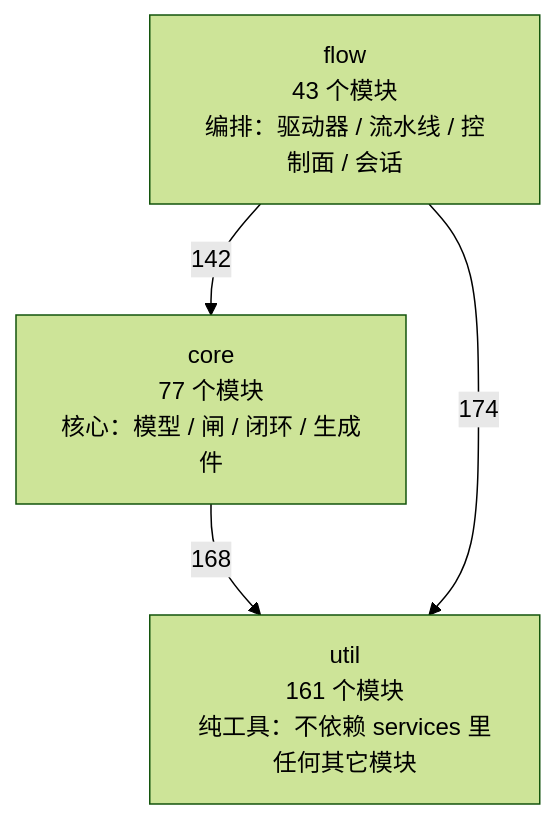
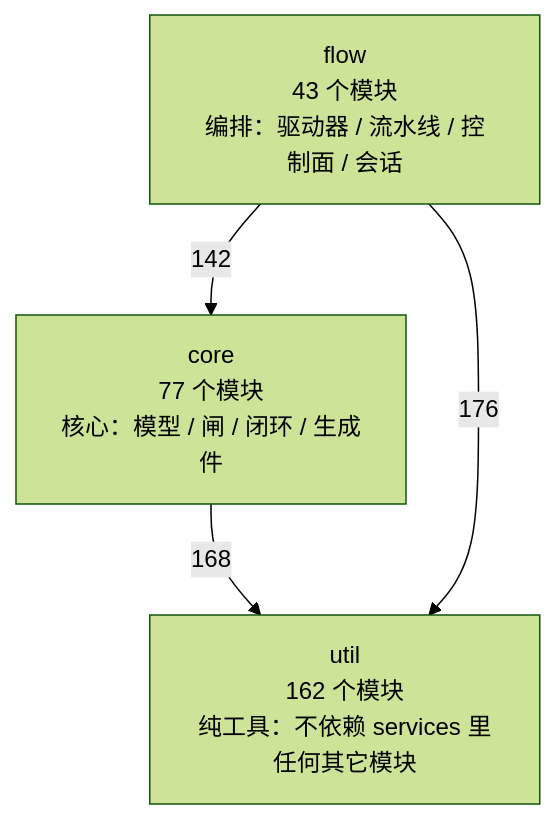
One commit to 2686521696/WhyBuddy changed the first of 4 diagrams in docs/SlideRule V6.2 架构图（自动生成）.md. Above: the diagram before and after it, drawn with Mermaid (forest theme). The commit also changed other lines of this file and 15 other files, not shown here.

First line of the commit message:
模型能看图：view_image + browser_view 截图交给模型，只附在紧接着的那一次调用上

````diff
--- a/docs/SlideRule V6.2 架构图（自动生成）.md
+++ b/docs/SlideRule V6.2 架构图（自动生成）.md
@@ -50,9 +50,9 @@
 ```mermaid
 flowchart TB
-  util["util<br/>161 个模块<br/>纯工具：不依赖 services 里任何其它模块"]
+  util["util<br/>162 个模块<br/>纯工具：不依赖 services 里任何其它模块"]
   core["core<br/>77 个模块<br/>核心：模型 / 闸 / 闭环 / 生成件"]
   flow["flow<br/>43 个模块<br/>编排：驱动器 / 流水线 / 控制面 / 会话"]
   core -->|168| util
   flow -->|142| core
-  flow -->|174| util
+  flow -->|176| util
 ```
````
